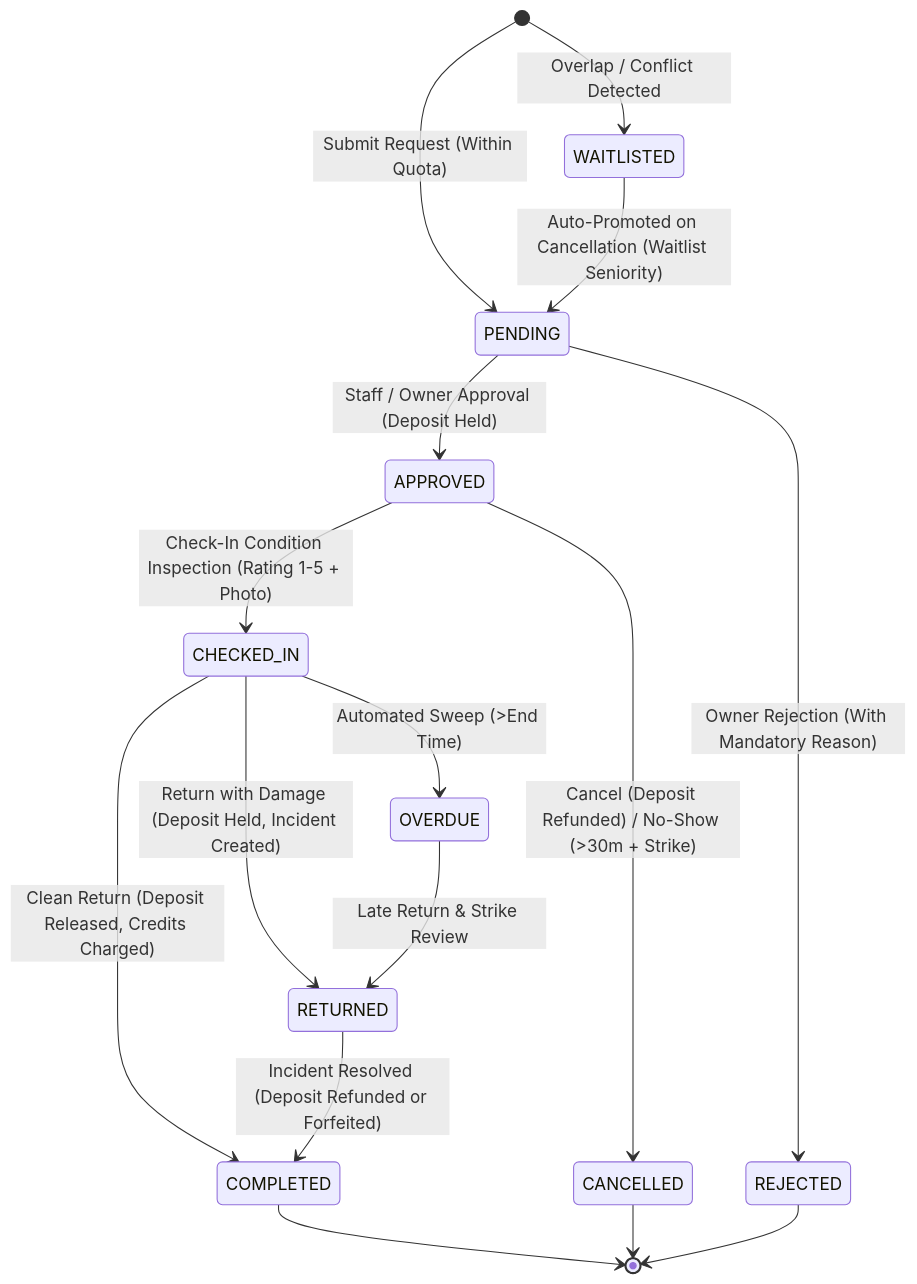
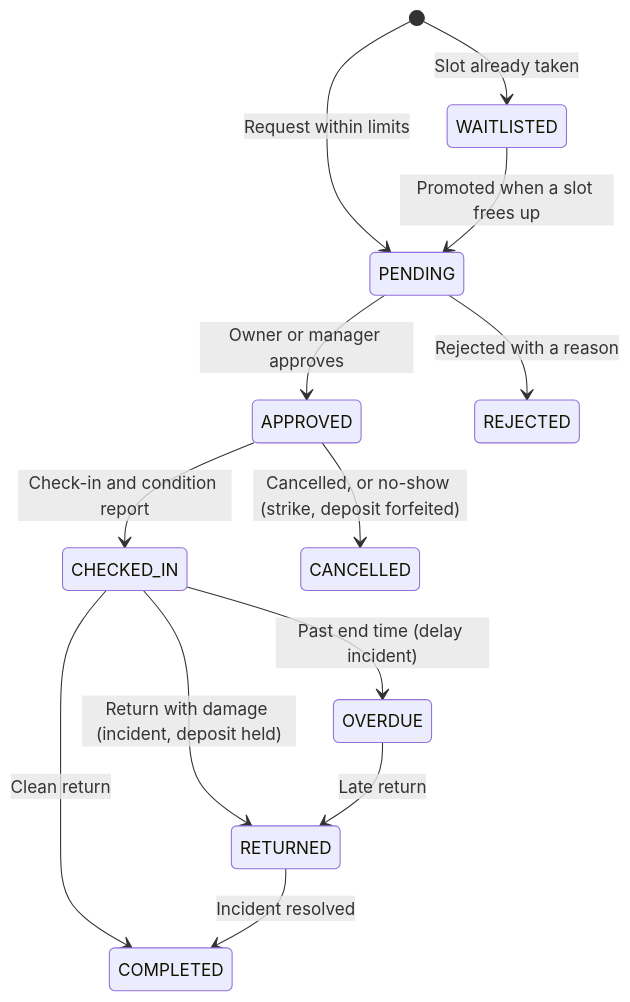
One commit to Shrey-Vhr/Code-Conqueror changed the diagram in README.md. Above: the diagram before and after it, drawn with Mermaid. The commit also changed other lines of this file and 1 other file, not shown here.

First line of the commit message:
docs: rewrite README for online reviewers; demo check-in and cancellation alerts

````diff
--- a/README.md
+++ b/README.md
@@ -52,18 +141,15 @@
 ```mermaid
 stateDiagram-v2
-    [*] --> PENDING : Submit Request (Within Quota)
-    [*] --> WAITLISTED : Overlap / Conflict Detected
-    WAITLISTED --> PENDING : Auto-Promoted on Cancellation (Waitlist Seniority)
-    PENDING --> APPROVED : Staff / Owner Approval (Deposit Held)
-    PENDING --> REJECTED : Owner Rejection (With Mandatory Reason)
-    APPROVED --> CHECKED_IN : Check-In Condition Inspection (Rating 1-5 + Photo)
-    APPROVED --> CANCELLED : Cancel (Deposit Refunded) / No-Show (>30m + Strike)
-    CHECKED_IN --> RETURNED : Return with Damage (Deposit Held, Incident Created)
-    CHECKED_IN --> COMPLETED : Clean Return (Deposit Released, Credits Charged)
-    CHECKED_IN --> OVERDUE : Automated Sweep (>End Time)
-    OVERDUE --> RETURNED : Late Return & Strike Review
-    RETURNED --> COMPLETED : Incident Resolved (Deposit Refunded or Forfeited)
-    COMPLETED --> [*]
-    CANCELLED --> [*]
-    REJECTED --> [*]
+    [*] --> PENDING : Request within limits
+    [*] --> WAITLISTED : Slot already taken
+    WAITLISTED --> PENDING : Promoted when a slot frees up
+    PENDING --> APPROVED : Owner or manager approves
+    PENDING --> REJECTED : Rejected with a reason
+    APPROVED --> CHECKED_IN : Check-in and condition report
+    APPROVED --> CANCELLED : Cancelled, or no-show (strike, deposit forfeited)
+    CHECKED_IN --> COMPLETED : Clean return
+    CHECKED_IN --> RETURNED : Return with damage (incident, deposit held)
+    CHECKED_IN --> OVERDUE : Past end time (delay incident)
+    OVERDUE --> RETURNED : Late return
+    RETURNED --> COMPLETED : Incident resolved
 ```
````
